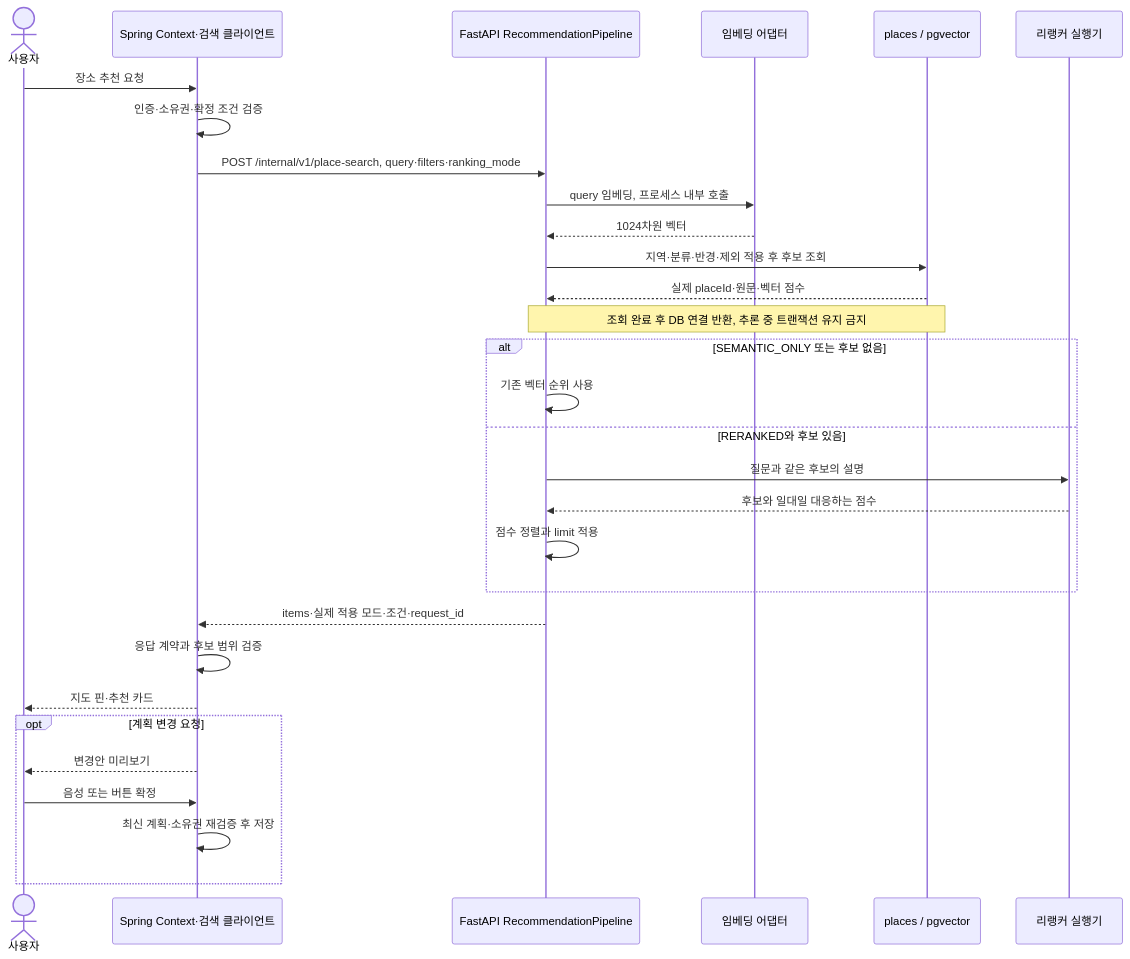
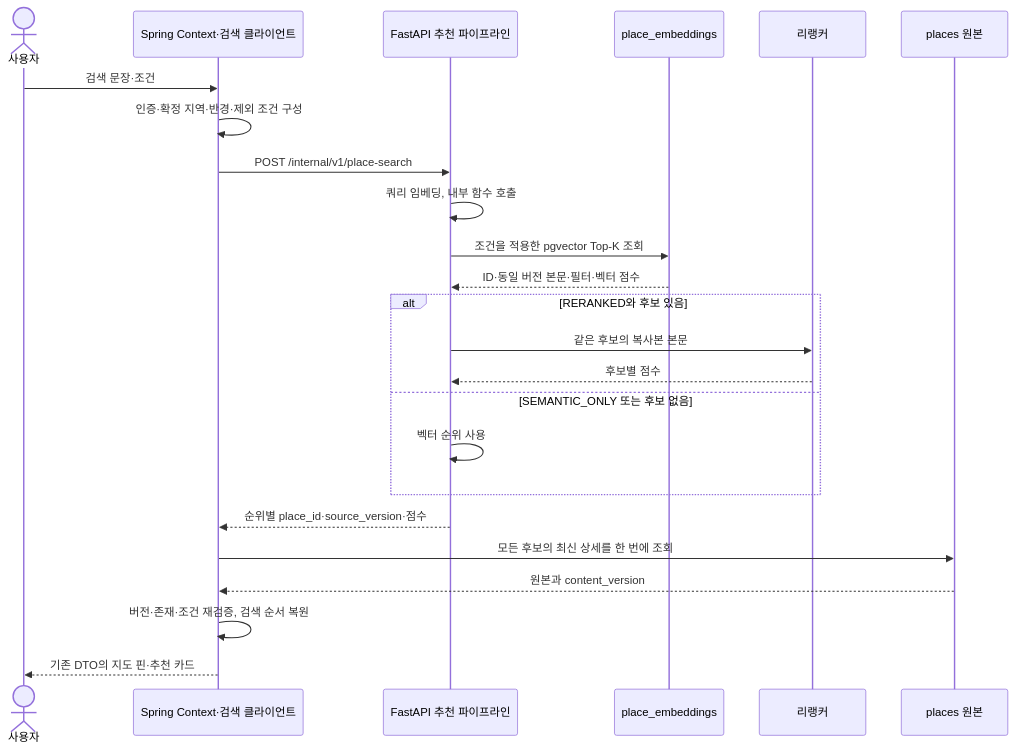
The third of 3 diagrams in docs/architecture/fastapi-place-recommendation.md (yollo4179/TravelMate), drawn with Mermaid before and after one commit. The commit also changed other lines of this file and 7 other files, not shown here.

Commit message:
Add Kafka UI dev stack and CQRS search index contracts

````diff
--- a/docs/architecture/fastapi-place-recommendation.md
+++ b/docs/architecture/fastapi-place-recommendation.md
@@ -75,32 +87,26 @@
 ```mermaid
 sequenceDiagram
     actor User as 사용자
     participant Spring as Spring Context·검색 클라이언트
-    participant API as FastAPI RecommendationPipeline
-    participant Embed as 임베딩 어댑터
-    participant DB as places / pgvector
-    participant Rank as 리랭커 실행기
-    User->>Spring: 장소 추천 요청
-    Spring->>Spring: 인증·소유권·확정 조건 검증
-    Spring->>API: POST /internal/v1/place-search, query·filters·ranking_mode
-    API->>Embed: query 임베딩, 프로세스 내부 호출
-    Embed-->>API: 1024차원 벡터
-    API->>DB: 지역·분류·반경·제외 적용 후 후보 조회
-    DB-->>API: 실제 placeId·원문·벡터 점수
-    Note over API,DB: 조회 완료 후 DB 연결 반환, 추론 중 트랜잭션 유지 금지
-    alt SEMANTIC_ONLY 또는 후보 없음
-        API->>API: 기존 벡터 순위 사용
-    else RERANKED와 후보 있음
-        API->>Rank: 질문과 같은 후보의 설명
-        Rank-->>API: 후보와 일대일 대응하는 점수
-        API->>API: 점수 정렬과 limit 적용
+    participant API as FastAPI 추천 파이프라인
+    participant Index as place_embeddings
+    participant Rank as 리랭커
+    participant Source as places 원본
+    User->>Spring: 검색 문장·조건
+    Spring->>Spring: 인증·확정 지역·반경·제외 조건 구성
+    Spring->>API: POST /internal/v1/place-search
+    API->>API: 쿼리 임베딩, 내부 함수 호출
+    API->>Index: 조건을 적용한 pgvector Top-K 조회
+    Index-->>API: ID·동일 버전 본문·필터·벡터 점수
+    alt RERANKED와 후보 있음
+        API->>Rank: 같은 후보의 복사본 본문
+        Rank-->>API: 후보별 점수
+    else SEMANTIC_ONLY 또는 후보 없음
+        API->>API: 벡터 순위 사용
     end
-    API-->>Spring: items·실제 적용 모드·조건·request_id
-    Spring->>Spring: 응답 계약과 후보 범위 검증
-    Spring-->>User: 지도 핀·추천 카드
-    opt 계획 변경 요청
-        Spring-->>User: 변경안 미리보기
-        User->>Spring: 음성 또는 버튼 확정
-        Spring->>Spring: 최신 계획·소유권 재검증 후 저장
-    end
+    API-->>Spring: 순위별 place_id·source_version·점수
+    Spring->>Source: 모든 후보의 최신 상세를 한 번에 조회
+    Source-->>Spring: 원본과 content_version
+    Spring->>Spring: 버전·존재·조건 재검증, 검색 순서 복원
+    Spring-->>User: 기존 DTO의 지도 핀·추천 카드
 ```
````
